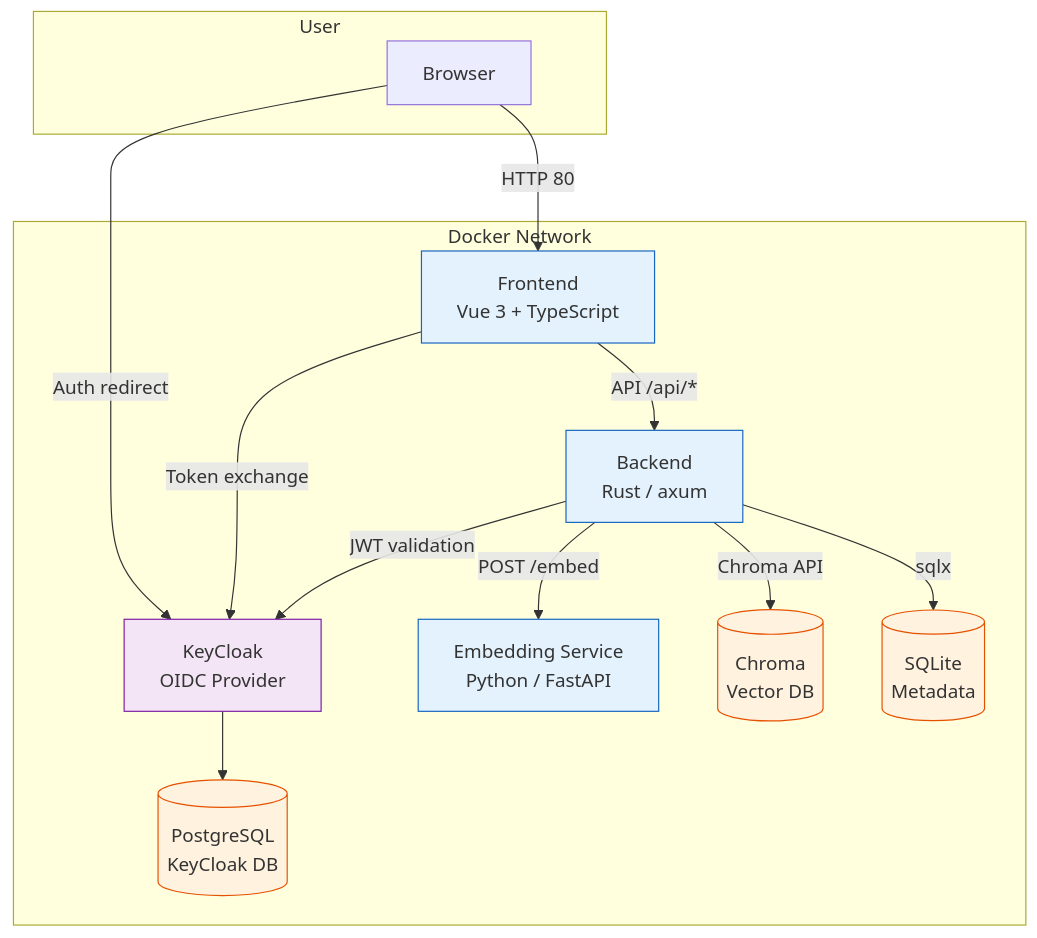
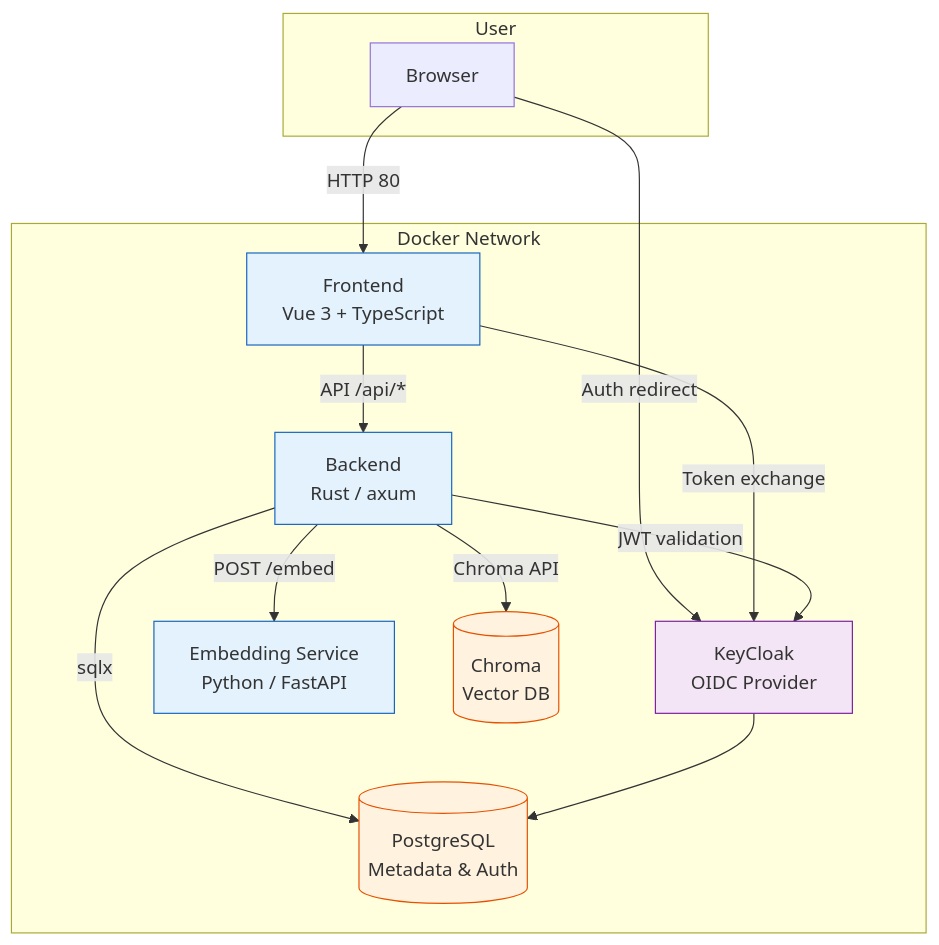
One commit to n-marusov/vedo-help changed the first of 3 diagrams in docs/architecture.md. Above: the diagram before and after it, drawn with Mermaid. The commit also changed other lines of this file and 12 other files, not shown here.

First line of the commit message:
feat: update backup/restore scripts, CI, and documentation for PostgreSQL

````diff
--- a/docs/architecture.md
+++ b/docs/architecture.md
@@ -9,33 +9,32 @@
 ```mermaid
 graph TB
     subgraph User
         B[Browser]
     end
 
     subgraph "Docker Network"
         K[KeyCloak<br/>OIDC Provider]
         F[Frontend<br/>Vue 3 + TypeScript]
         BE[Backend<br/>Rust / axum]
         ES[Embedding Service<br/>Python / FastAPI]
         CDB[(Chroma<br/>Vector DB)]
-        SQL[(SQLite<br/>Metadata)]
-        PDB[(PostgreSQL<br/>KeyCloak DB)]
+        PDB[(PostgreSQL<br/>Metadata & Auth)]
     end
 
     B -- "HTTP 80" --> F
     B -- "Auth redirect" --> K
     F -- "API /api/*" --> BE
     F -- "Token exchange" --> K
     BE -- "JWT validation" --> K
     BE -- "POST /embed" --> ES
     BE -- "Chroma API" --> CDB
-    BE -- "sqlx" --> SQL
+    BE -- "sqlx" --> PDB
     K --> PDB
 
     classDef svc fill:#e3f2fd,stroke:#1565c0
     classDef db fill:#fff3e0,stroke:#e65100
     classDef auth fill:#f3e5f5,stroke:#7b1fa2
     class F,BE,ES svc
-    class CDB,SQL,PDB db
+    class CDB,PDB db
     class K auth
 ```
````
